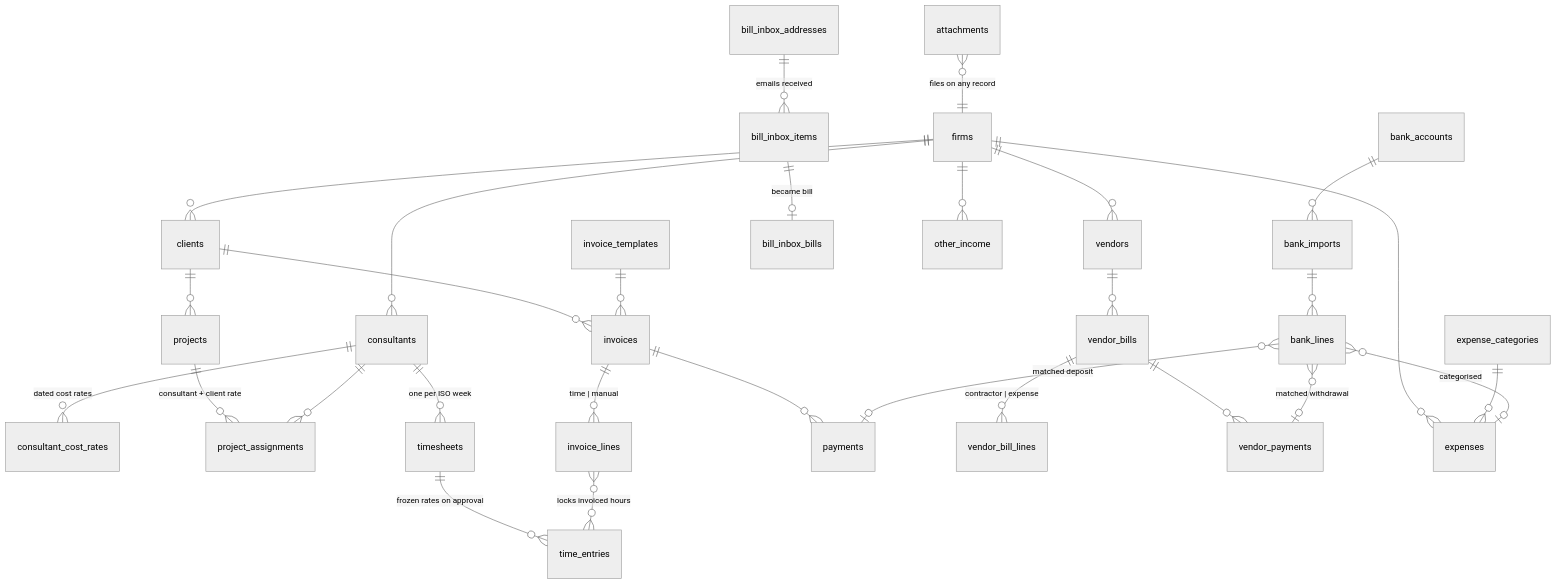
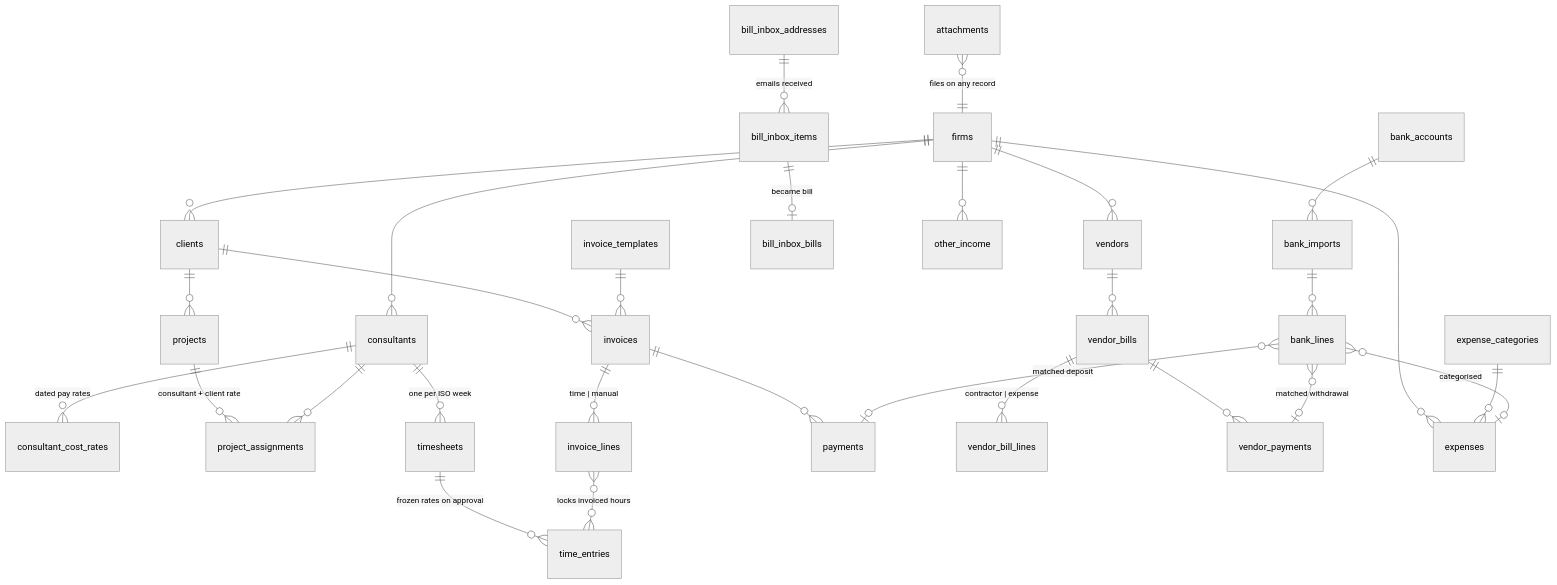
The fourth of 6 diagrams in docs/ARCHITECTURE.md (sd206/firmsync), drawn with Mermaid (neutral theme) before and after one commit. The commit also changed other lines of this file and 20 other files, not shown here.

````diff
--- a/docs/ARCHITECTURE.md
+++ b/docs/ARCHITECTURE.md
@@ -155,31 +155,31 @@
 ```mermaid
 erDiagram
   firms ||--o{ clients : ""
   firms ||--o{ consultants : ""
-  consultants ||--o{ consultant_cost_rates : "dated cost rates"
+  consultants ||--o{ consultant_cost_rates : "dated pay rates"
   clients ||--o{ projects : ""
   projects ||--o{ project_assignments : "consultant + client rate"
   consultants ||--o{ project_assignments : ""
   consultants ||--o{ timesheets : "one per ISO week"
   timesheets ||--o{ time_entries : "frozen rates on approval"
   clients ||--o{ invoices : ""
   invoices ||--o{ invoice_lines : "time | manual"
   invoice_lines }o--o{ time_entries : "locks invoiced hours"
   invoice_templates ||--o{ invoices : ""
   invoices ||--o{ payments : ""
   firms ||--o{ vendors : ""
   vendors ||--o{ vendor_bills : ""
   vendor_bills ||--o{ vendor_bill_lines : "contractor | expense"
   vendor_bills ||--o{ vendor_payments : ""
   bill_inbox_addresses ||--o{ bill_inbox_items : "emails received"
   bill_inbox_items ||--o| bill_inbox_bills : "became bill"
   firms ||--o{ expenses : ""
   expense_categories ||--o{ expenses : ""
   firms ||--o{ other_income : ""
   bank_accounts ||--o{ bank_imports : ""
   bank_imports ||--o{ bank_lines : ""
   bank_lines }o--o| payments : "matched deposit"
   bank_lines }o--o| expenses : "categorised"
   bank_lines }o--o| vendor_payments : "matched withdrawal"
   attachments }o--|| firms : "files on any record"
 ```
````
